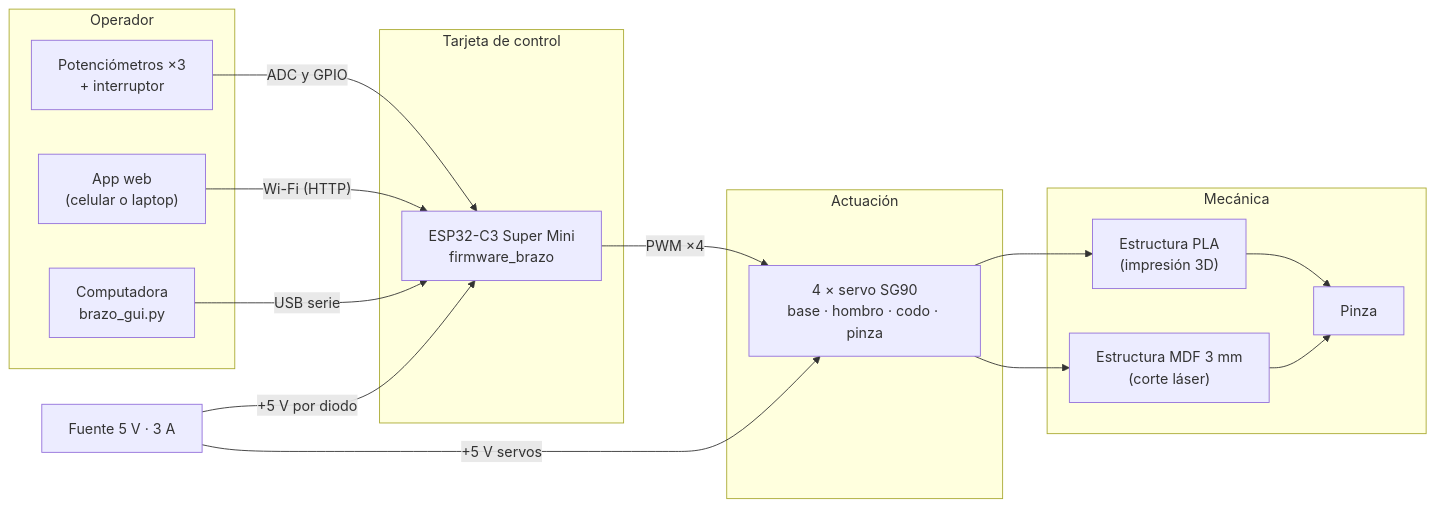
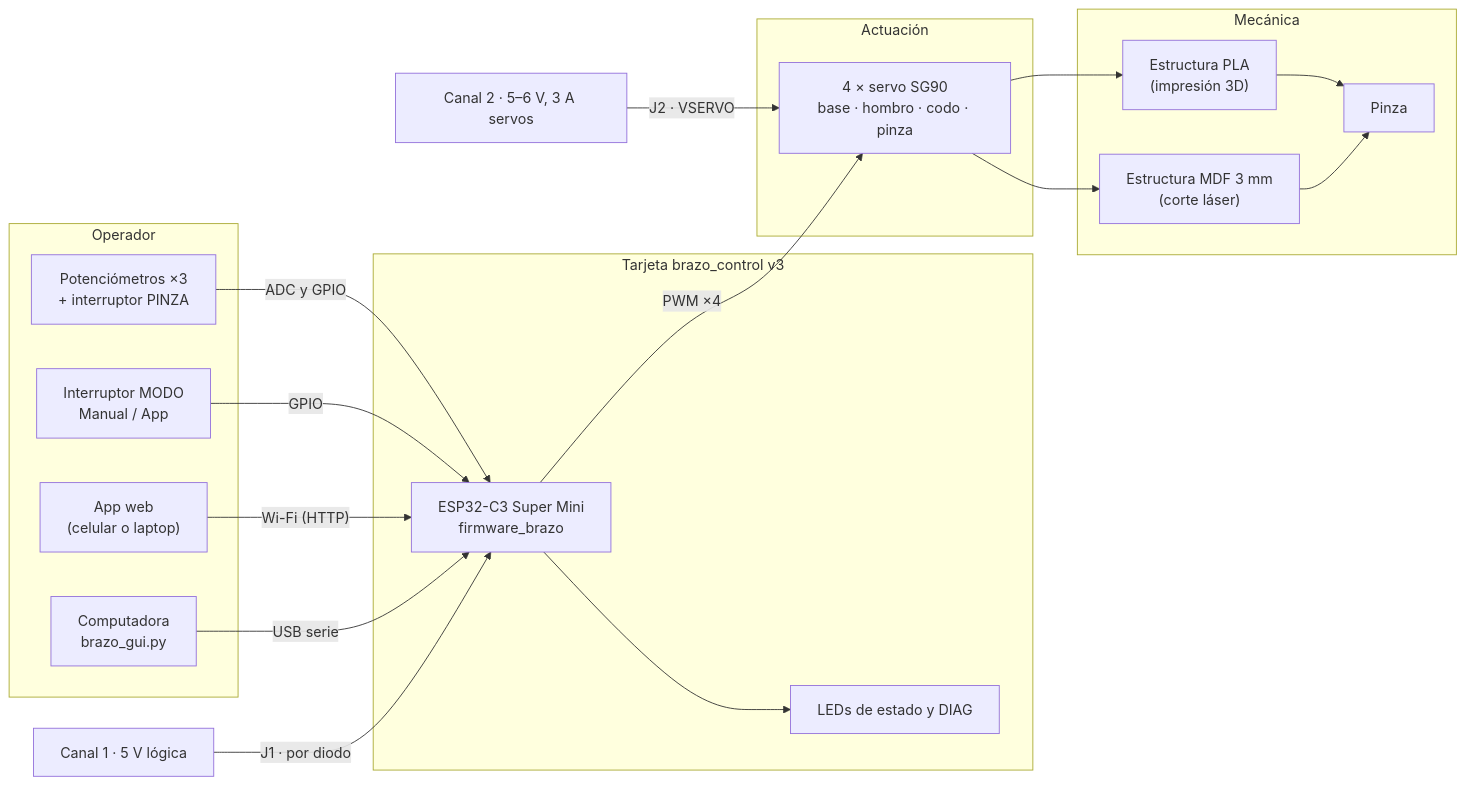
The diagram in brazos/index.md (sebastiux/portafolio-just-the-docs), drawn with Mermaid before and after one commit. The commit also changed other lines of this file and 86 other files, not shown here.

First line of the commit message:
Usa la tarjeta original brazo_control v3 y adapta el firmware a sus pines

````diff
--- a/brazos/index.md
+++ b/brazos/index.md
@@ -147,30 +147,35 @@
 ```mermaid
 flowchart LR
   subgraph OP["Operador"]
-    MAN["Potenciómetros ×3<br/>+ interruptor"]
+    MAN["Potenciómetros ×3<br/>+ interruptor PINZA"]
+    MODO["Interruptor MODO<br/>Manual / App"]
     APP["App web<br/>(celular o laptop)"]
     PC["Computadora<br/>brazo_gui.py"]
   end
-  subgraph CTRL["Tarjeta de control"]
+  subgraph CTRL["Tarjeta brazo_control v3"]
     ESP["ESP32-C3 Super Mini<br/>firmware_brazo"]
+    LED["LEDs de estado y DIAG"]
   end
   subgraph ACT["Actuación"]
     S["4 × servo SG90<br/>base · hombro · codo · pinza"]
   end
   subgraph MEC["Mecánica"]
     E1["Estructura PLA<br/>(impresión 3D)"]
     E2["Estructura MDF 3 mm<br/>(corte láser)"]
     P["Pinza"]
   end
-  ALI["Fuente 5 V · 3 A"]
+  ALI1["Canal 1 · 5 V lógica"]
+  ALI2["Canal 2 · 5–6 V, 3 A servos"]
   MAN -- "ADC y GPIO" --> ESP
+  MODO -- "GPIO" --> ESP
+  ESP --> LED
   APP -- "Wi-Fi (HTTP)" --> ESP
   PC -- "USB serie" --> ESP
   ESP -- "PWM ×4" --> S
   S --> E1
   S --> E2
   E1 --> P
   E2 --> P
-  ALI -- "+5 V servos" --> S
-  ALI -- "+5 V por diodo" --> ESP
+  ALI2 -- "J2 · VSERVO" --> S
+  ALI1 -- "J1 · por diodo" --> ESP
 ```
````
